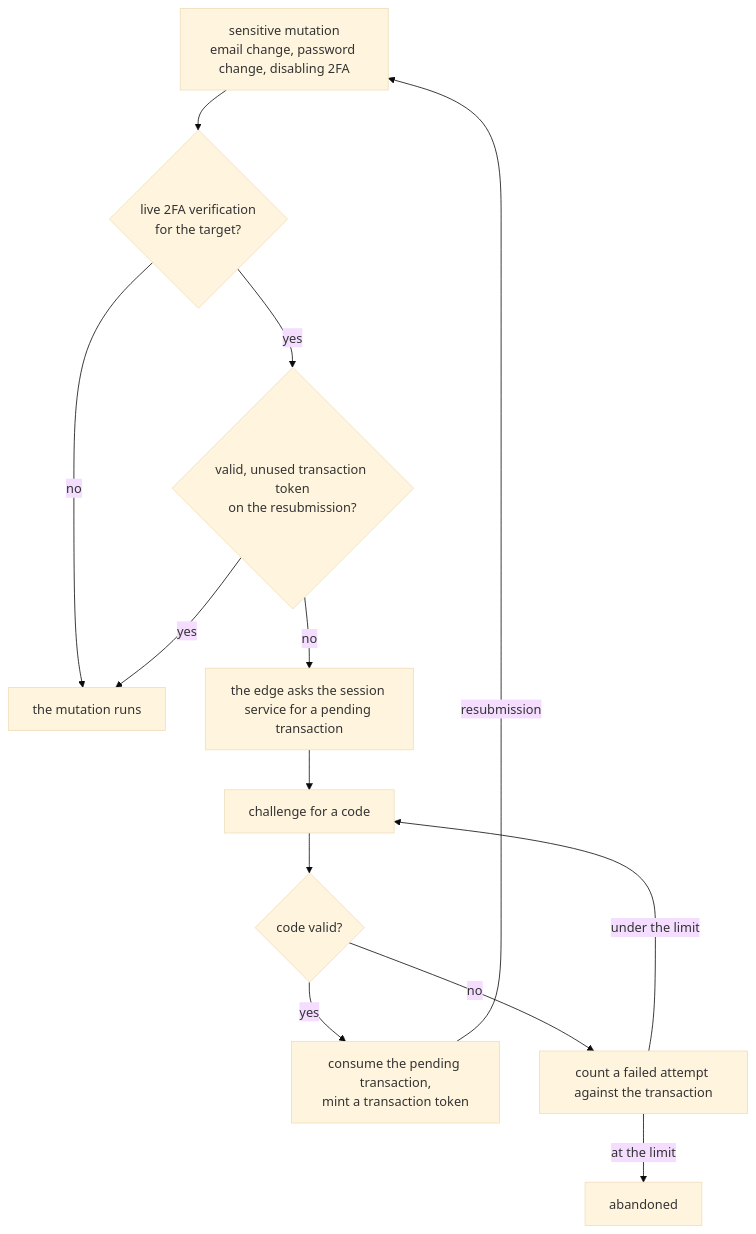
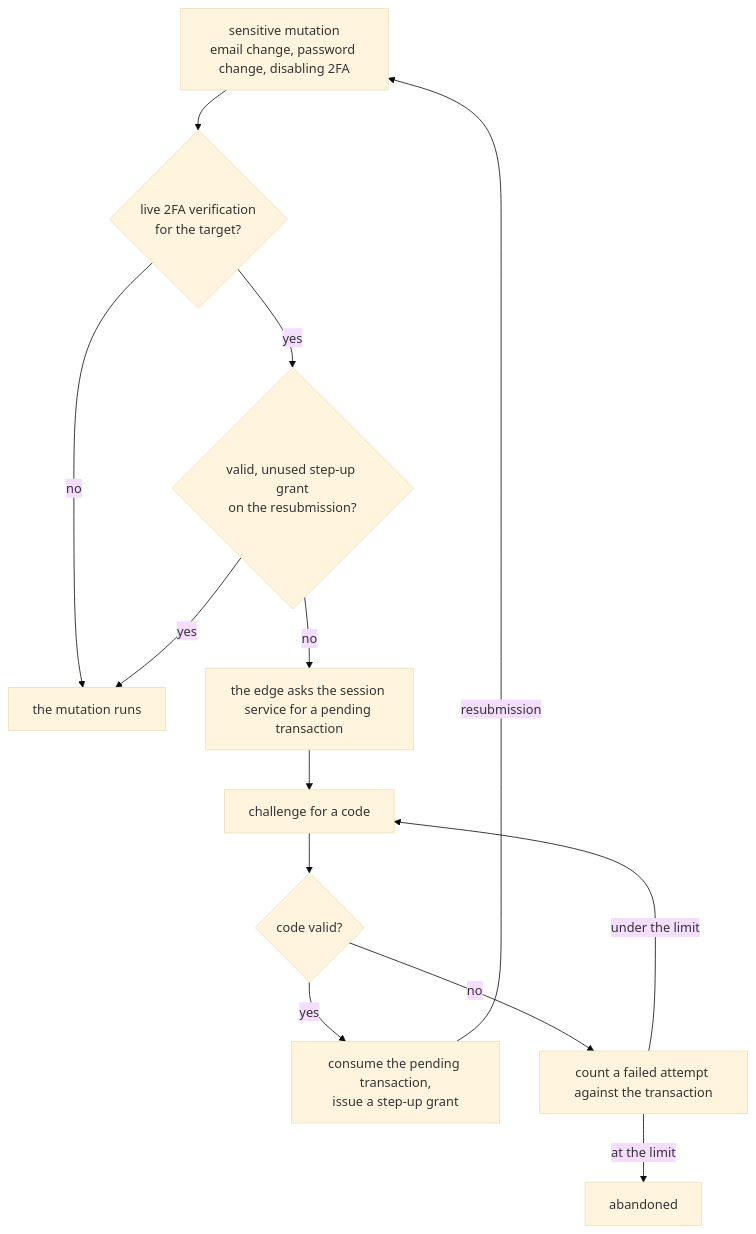
Before and after one commit to zgeoff/vers: the second of 2 diagrams in docs/architecture/services/auth.md, drawn with Mermaid (base theme). The commit also changed other lines of this file and 33 other files, not shown here.

First line of the commit message:
fix: carry step-up authorization in a durable grant

````diff
--- a/docs/architecture/services/auth.md
+++ b/docs/architecture/services/auth.md
@@ -63,14 +63,14 @@
 ```mermaid
 flowchart TD
   M["sensitive mutation<br>email change, password change, disabling 2FA"] --> A{"live 2FA verification<br>for the target?"}
   A -->|no| R[the mutation runs]
-  A -->|yes| T{"valid, unused transaction token<br>on the resubmission?"}
+  A -->|yes| T{"valid, unused step-up grant<br>on the resubmission?"}
   T -->|yes| R
   T -->|no| P[the edge asks the session service for a pending transaction]
   P --> Q[challenge for a code]
   Q --> C{"code valid?"}
-  C -->|yes| K["consume the pending transaction,<br>mint a transaction token"] -->|resubmission| M
+  C -->|yes| K["consume the pending transaction,<br>issue a step-up grant"] -->|resubmission| M
   C -->|no| F[count a failed attempt against the transaction]
   F -->|under the limit| Q
   F -->|at the limit| X[abandoned]
 ```
````
